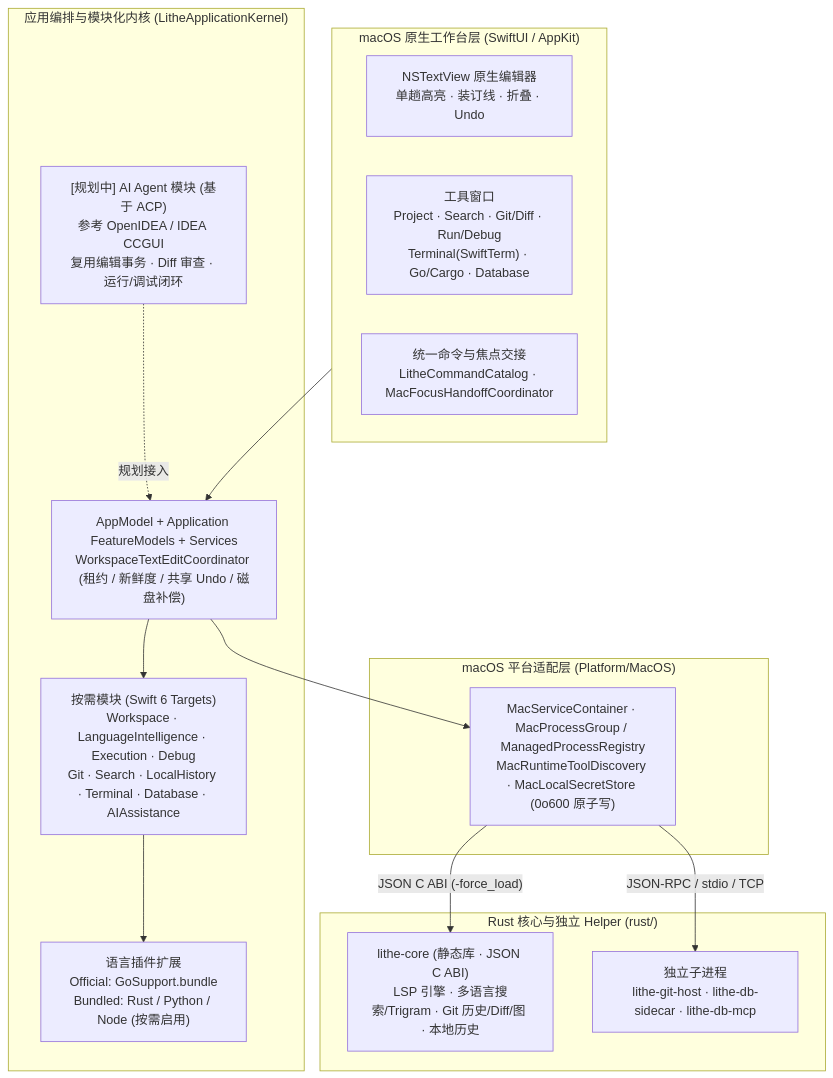
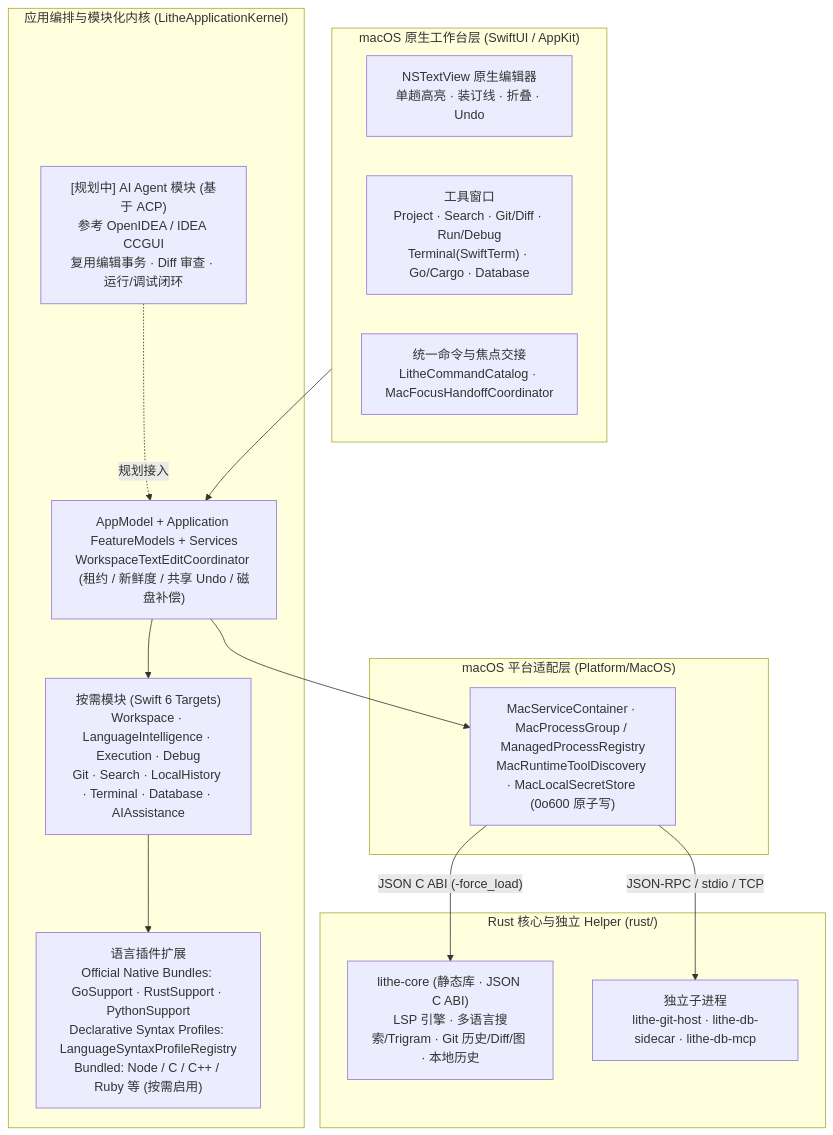
One commit to JimWen/Lithe-IDEA changed the diagram in docs/architecture/goland-parity-implementation.md. Above: the diagram before and after it, drawn with Mermaid. The commit also changed other lines of this file and 4 other files, not shown here.

Commit message:
docs(architecture): document official plugins, P1 parity, and Lightweight-Default intelligence

````diff
--- a/docs/architecture/goland-parity-implementation.md
+++ b/docs/architecture/goland-parity-implementation.md
@@ -20,32 +20,32 @@
 ```mermaid
 flowchart TB
     subgraph UI["macOS 原生工作台层 (SwiftUI / AppKit)"]
         Editor["NSTextView 原生编辑器\n单趟高亮 · 装订线 · 折叠 · Undo"]
         Panels["工具窗口\nProject · Search · Git/Diff · Run/Debug\nTerminal(SwiftTerm) · Go/Cargo · Database"]
         Cmd["统一命令与焦点交接\nLitheCommandCatalog · MacFocusHandoffCoordinator"]
     end
 
     subgraph App["应用编排与模块化内核 (LitheApplicationKernel)"]
         AppModel["AppModel + Application FeatureModels + Services\nWorkspaceTextEditCoordinator (租约 / 新鲜度 / 共享 Undo / 磁盘补偿)"]
         Modules["按需模块 (Swift 6 Targets)\nWorkspace · LanguageIntelligence · Execution · Debug\nGit · Search · LocalHistory · Terminal · Database · AIAssistance"]
-        Plugins["语言插件扩展\nOfficial: GoSupport.bundle\nBundled: Rust / Python / Node (按需启用)"]
+        Plugins["语言插件扩展\nOfficial Native Bundles: GoSupport · RustSupport · PythonSupport\nDeclarative Syntax Profiles: LanguageSyntaxProfileRegistry\nBundled: Node / C / C++ / Ruby 等 (按需启用)"]
         FutureACP["[规划中] AI Agent 模块 (基于 ACP)\n参考 OpenIDEA / IDEA CCGUI\n复用编辑事务 · Diff 审查 · 运行/调试闭环"]
     end
 
     subgraph Platform["macOS 平台适配层 (Platform/MacOS)"]
         Adapters["MacServiceContainer · MacProcessGroup / ManagedProcessRegistry\nMacRuntimeToolDiscovery · MacLocalSecretStore (0o600 原子写)"]
     end
 
     subgraph Rust["Rust 核心与独立 Helper (rust/)"]
         Core["lithe-core (静态库 · JSON C ABI)\nLSP 引擎 · 多语言搜索/Trigram · Git 历史/Diff/图 · 本地历史"]
         Helpers["独立子进程\nlithe-git-host · lithe-db-sidecar · lithe-db-mcp"]
     end
 
     UI --> AppModel
     AppModel --> Modules
     Modules --> Plugins
     FutureACP -.->|"规划接入"| AppModel
     AppModel --> Adapters
     Adapters -->|"JSON C ABI (-force_load)"| Core
     Adapters -->|"JSON-RPC / stdio / TCP"| Helpers
 ```
````
